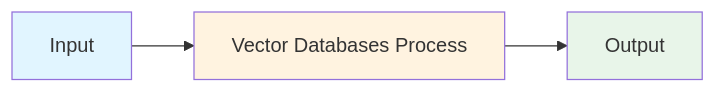
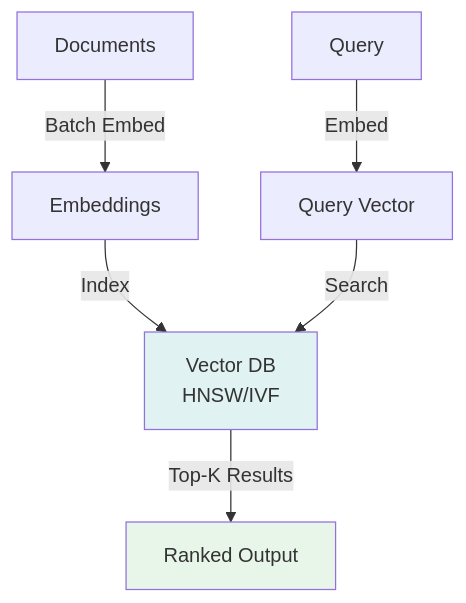
Before and after one commit to souradeepta/interviewprep-ai: the first of 2 diagrams in llm/concepts/vector-databases.md, drawn with Mermaid. The commit also changed other lines of this file and 33 other files, not shown here.

````diff
--- a/llm/concepts/vector-databases.md
+++ b/llm/concepts/vector-databases.md
@@ -60,9 +60,10 @@
 ```mermaid
-graph LR
-    A["Input"] --> B["Vector Databases Process"]
-    B --> C["Output"]
-
-    style A fill:#e1f5ff
-    style B fill:#fff3e0
-    style C fill:#e8f5e9
+graph TD
+    A["Documents"] -->|Batch Embed| B["Embeddings"]
+    B -->|Index| C["Vector DB<br/>HNSW/IVF"]
+    D["Query"] -->|Embed| E["Query Vector"]
+    E -->|Search| C
+    C -->|Top-K Results| F["Ranked Output"]
+    style C fill:#e0f2f1
+    style F fill:#e8f5e9
 ```
````
